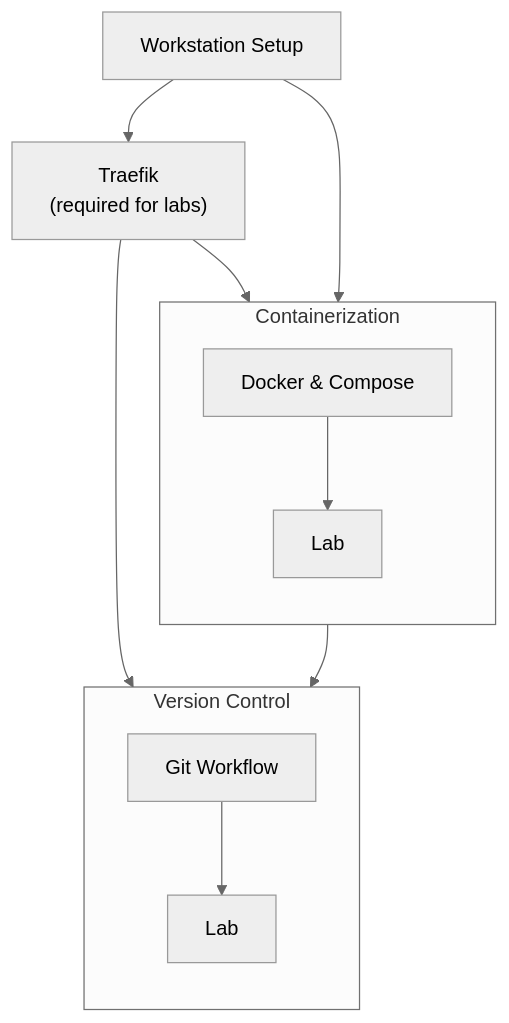
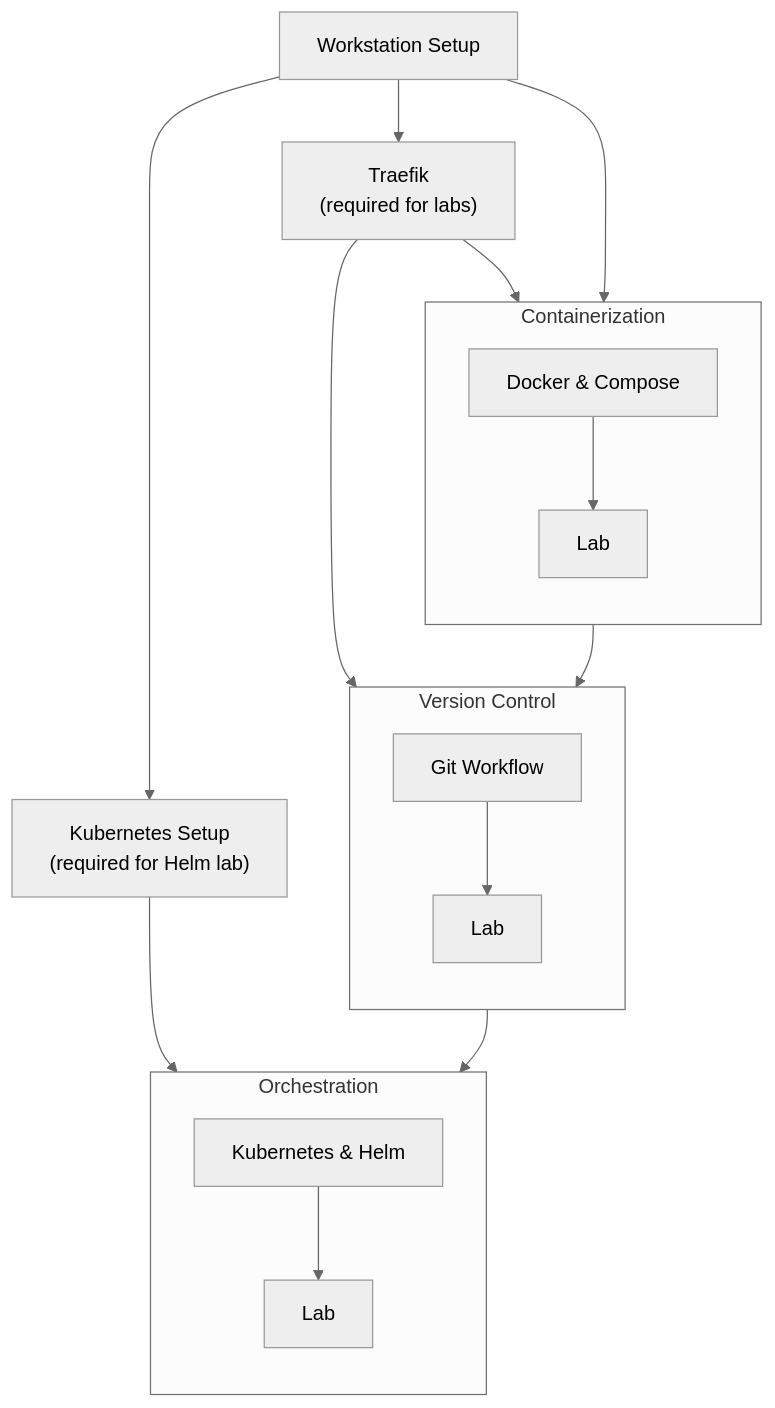
Before and after one commit to ia-eknorr/ignition-guides: the diagram in docs/getting-started/index.md, drawn with Mermaid (neutral theme). The commit also changed other lines of this file and 9 other files, not shown here.

First line of the commit message:
phase 2: add Orchestration tier (Kubernetes + Helm) (#43)

````diff
--- a/docs/getting-started/index.md
+++ b/docs/getting-started/index.md
@@ -36,26 +36,37 @@
 ```mermaid
 flowchart TD
     WS["Workstation Setup"]
     TR["Traefik\n(required for labs)"]
+    KS["Kubernetes Setup\n(required for Helm lab)"]
 
     WS --> TR
+    WS --> KS
     WS --> CONTAINERIZATION
 
     subgraph CONTAINERIZATION ["Containerization"]
         direction TB
         CG["Docker & Compose"]
         CL["Lab"]
         CG --> CL
     end
 
     subgraph VERSION_CONTROL ["Version Control"]
         direction TB
         VG["Git Workflow"]
         VL["Lab"]
         VG --> VL
     end
 
+    subgraph ORCHESTRATION ["Orchestration"]
+        direction TB
+        OG["Kubernetes & Helm"]
+        OL["Lab"]
+        OG --> OL
+    end
+
     TR --> CL
     CL --> VERSION_CONTROL
     TR --> VL
+    VL --> ORCHESTRATION
+    KS --> OL
 ```
````
